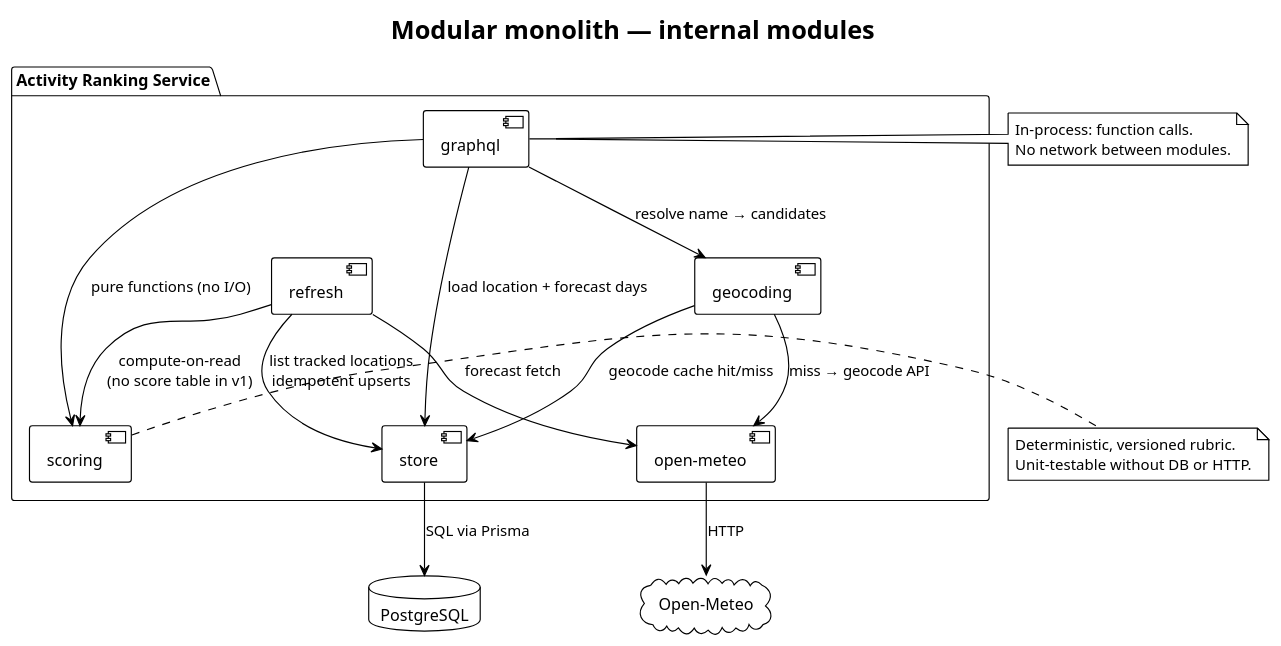
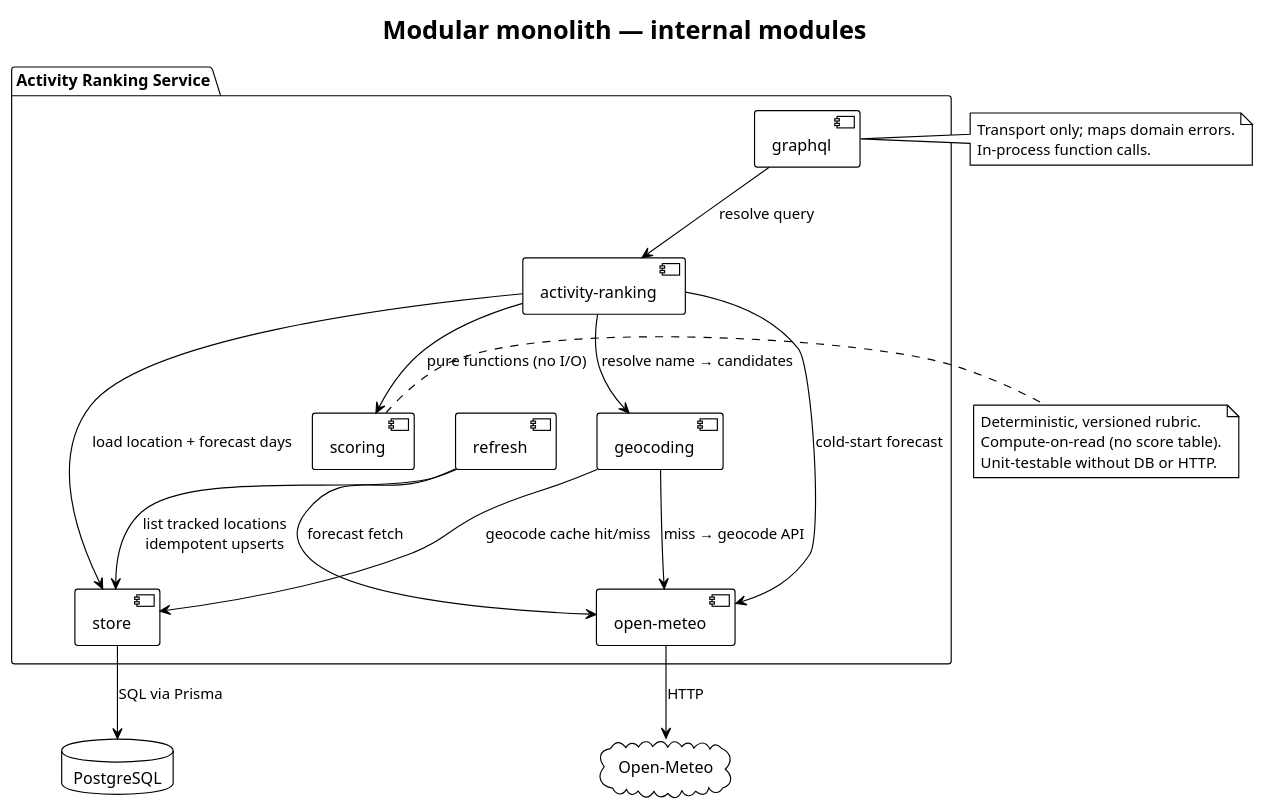
One commit to Takadza/weather-activity-ranking-service changed the diagram in docs/diagrams/03-modules.puml. Above: the diagram before and after it, drawn with PlantUML. The commit also changed 59 other files, not shown here.

First line of the commit message:
feat: harden production readiness for domain, GraphQL, and ops

```diff
--- a/docs/diagrams/03-modules.puml
+++ b/docs/diagrams/03-modules.puml
@@ -1,38 +1,41 @@
 @startuml 03-modules
 !theme plain
 title Modular monolith — internal modules
 
 package "Activity Ranking Service" {
   [graphql] as GQL
+  [activity-ranking] as Rank
   [scoring] as Score
   [store] as Store
   [refresh] as Refresh
   [open-meteo] as OMClient
   [geocoding] as Geo
 }
 
 database "PostgreSQL" as PG
 cloud "Open-Meteo" as OM
 
-GQL --> Store : load location + forecast days
-GQL --> Score : pure functions (no I/O)
-GQL --> Geo : resolve name → candidates
+GQL --> Rank : resolve query
+Rank --> Store : load location + forecast days
+Rank --> Score : pure functions (no I/O)
+Rank --> Geo : resolve name → candidates
+Rank --> OMClient : cold-start forecast
 Geo --> Store : geocode cache hit/miss
 Geo --> OMClient : miss → geocode API
 Refresh --> Store : list tracked locations\nidempotent upserts
 Refresh --> OMClient : forecast fetch
-Refresh --> Score : compute-on-read\n(no score table in v1)
 OMClient --> OM : HTTP
 Store --> PG : SQL via Prisma
 
 note right of Score
   Deterministic, versioned rubric.
+  Compute-on-read (no score table).
   Unit-testable without DB or HTTP.
 end note
 
 note right of GQL
-  In-process: function calls.
-  No network between modules.
+  Transport only; maps domain errors.
+  In-process function calls.
 end note
 
 @enduml
```
